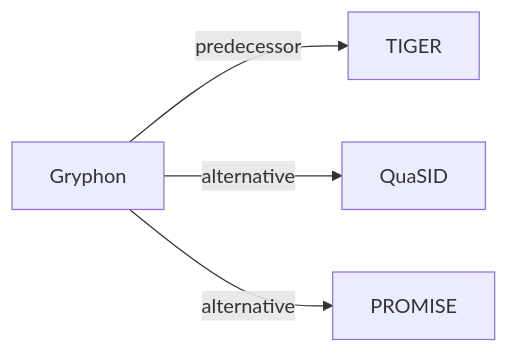
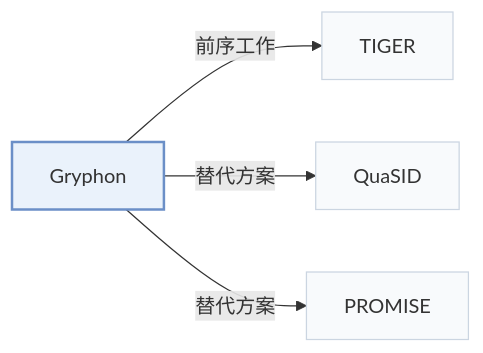
One commit to Galaxy-ghost/Awesome-SID-Generative-Rec changed the second of 2 diagrams in pages/zh/papers/gryphon.md. Above: the diagram before and after it, drawn with Mermaid. The commit also changed other lines of this file and 649 other files, not shown here.

Commit message:
writer-05: also tags and modality index (schema, check, build, visuals); summary field removed; calibration data for 12 papers

````diff
--- a/pages/zh/papers/gryphon.md
+++ b/pages/zh/papers/gryphon.md
@@ -69,7 +73,11 @@
 ```mermaid
 flowchart LR
     P["Gryphon"]
-    P -->|predecessor| A["TIGER"]
-    P -->|alternative| B["QuaSID"]
-    P -->|alternative| C["PROMISE"]
+    P -->|"前序工作"| A["TIGER"]
+    P -->|"替代方案"| B["QuaSID"]
+    P -->|"替代方案"| C["PROMISE"]
+    classDef main fill:#eaf2fb,stroke:#6b8fc7,stroke-width:2px
+    classDef peer fill:#f8fafc,stroke:#cbd5e1
+    class P main
+    class A,B,C peer
 ```
````
